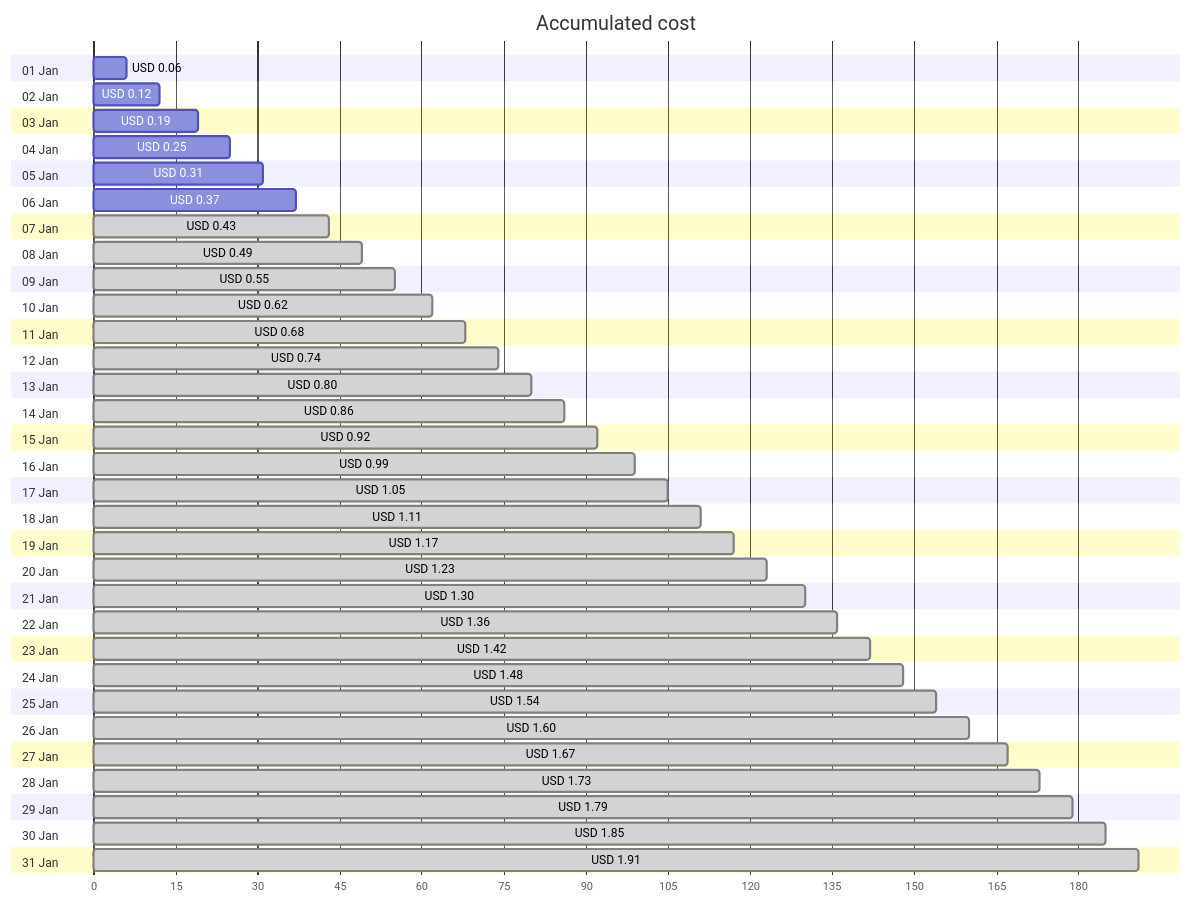
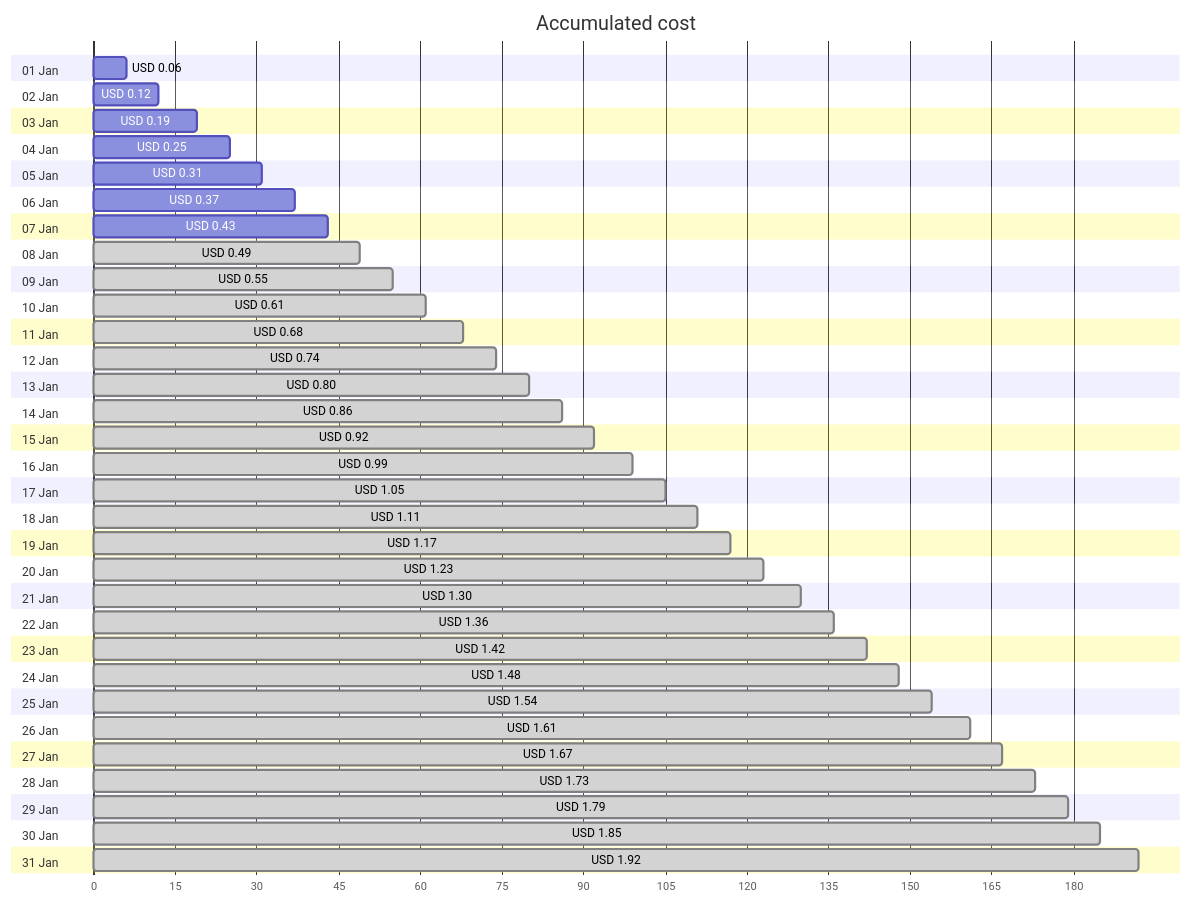
The first of 4 diagrams in cost-reports/personal-network/backup-server_OsDisk.md (jpfulton/azure-personal-reports), drawn with Mermaid before and after one commit. The commit also changed other lines of this file and 8 other files, not shown here.

````diff
--- a/cost-reports/personal-network/backup-server_OsDisk.md
+++ b/cost-reports/personal-network/backup-server_OsDisk.md
@@ -20,68 +20,68 @@
 ```mermaid
 gantt
    title Accumulated cost
    dateFormat  X
    axisFormat %s
    section 01 Jan
    USD 0.06 :0, 6
    section 02 Jan
    USD 0.12 :0, 12
    section 03 Jan
    USD 0.19 :0, 19
    section 04 Jan
    USD 0.25 :0, 25
    section 05 Jan
    USD 0.31 :0, 31
    section 06 Jan
    USD 0.37 :0, 37
    section 07 Jan
-   USD 0.43 : done, 0, 43
+   USD 0.43 :0, 43
    section 08 Jan
    USD 0.49 : done, 0, 49
    section 09 Jan
    USD 0.55 : done, 0, 55
    section 10 Jan
-   USD 0.62 : done, 0, 62
+   USD 0.61 : done, 0, 61
    section 11 Jan
    USD 0.68 : done, 0, 68
    section 12 Jan
    USD 0.74 : done, 0, 74
    section 13 Jan
    USD 0.80 : done, 0, 80
    section 14 Jan
    USD 0.86 : done, 0, 86
    section 15 Jan
    USD 0.92 : done, 0, 92
    section 16 Jan
    USD 0.99 : done, 0, 99
    section 17 Jan
    USD 1.05 : done, 0, 105
    section 18 Jan
    USD 1.11 : done, 0, 111
    section 19 Jan
    USD 1.17 : done, 0, 117
    section 20 Jan
    USD 1.23 : done, 0, 123
    section 21 Jan
    USD 1.30 : done, 0, 130
    section 22 Jan
    USD 1.36 : done, 0, 136
    section 23 Jan
    USD 1.42 : done, 0, 142
    section 24 Jan
    USD 1.48 : done, 0, 148
    section 25 Jan
    USD 1.54 : done, 0, 154
    section 26 Jan
-   USD 1.60 : done, 0, 160
+   USD 1.61 : done, 0, 161
    section 27 Jan
    USD 1.67 : done, 0, 167
    section 28 Jan
    USD 1.73 : done, 0, 173
    section 29 Jan
    USD 1.79 : done, 0, 179
    section 30 Jan
    USD 1.85 : done, 0, 185
    section 31 Jan
-   USD 1.91 : done, 0, 191
+   USD 1.92 : done, 0, 192
 ```
````
